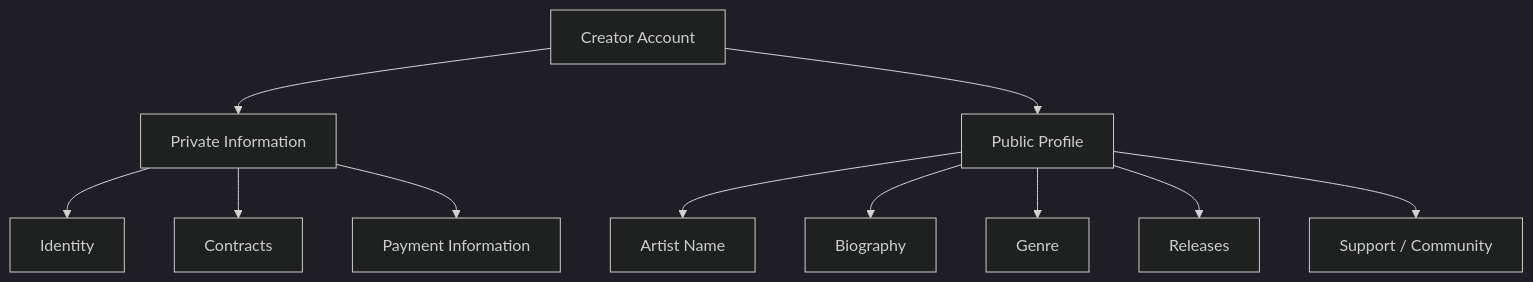
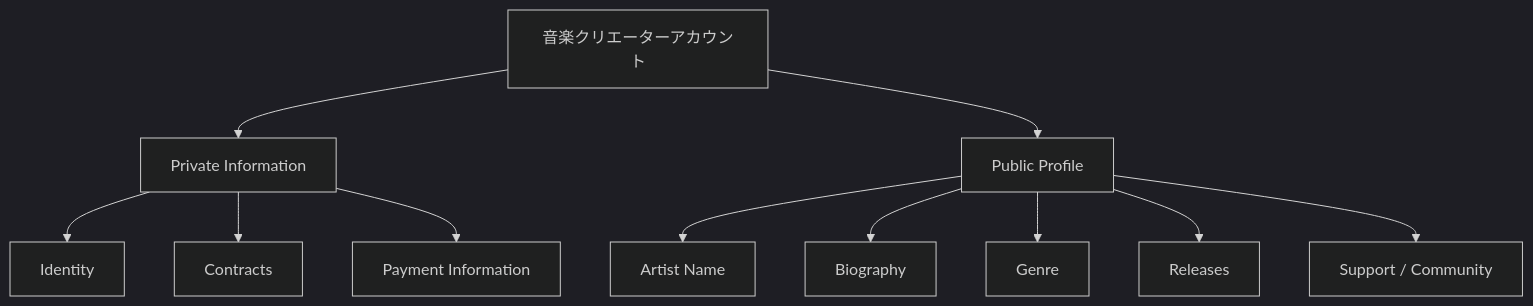
One commit to ShigeichiroYamasaki/creator-first-platform changed the fourth of 29 diagrams in docs/whitepaper/05-creator-onboarding.md. Above: the diagram before and after it, drawn with Mermaid (dark theme). The commit also changed other lines of this file and 67 other files, not shown here.

````diff
--- a/docs/whitepaper/05-creator-onboarding.md
+++ b/docs/whitepaper/05-creator-onboarding.md
@@ -166,17 +166,17 @@
 ```mermaid
 flowchart TD
-    ACCOUNT[Creator Account]
+    ACCOUNT[音楽クリエーターアカウント]
 
     ACCOUNT --> PRIVATE[Private Information]
     ACCOUNT --> PUBLIC[Public Profile]
 
     PRIVATE --> ID[Identity]
     PRIVATE --> CONTRACT[Contracts]
     PRIVATE --> PAYMENT[Payment Information]
 
     PUBLIC --> NAME[Artist Name]
     PUBLIC --> BIO[Biography]
     PUBLIC --> GENRE[Genre]
     PUBLIC --> RELEASES[Releases]
     PUBLIC --> SUPPORT[Support / Community]
 ```
````
